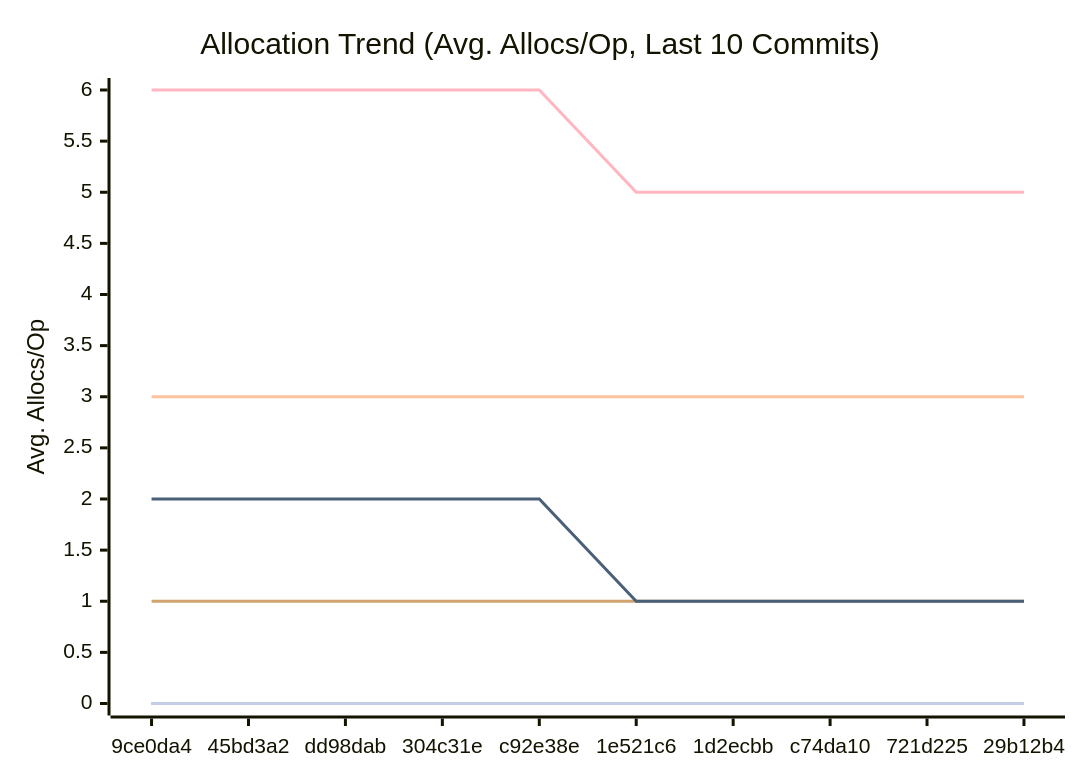
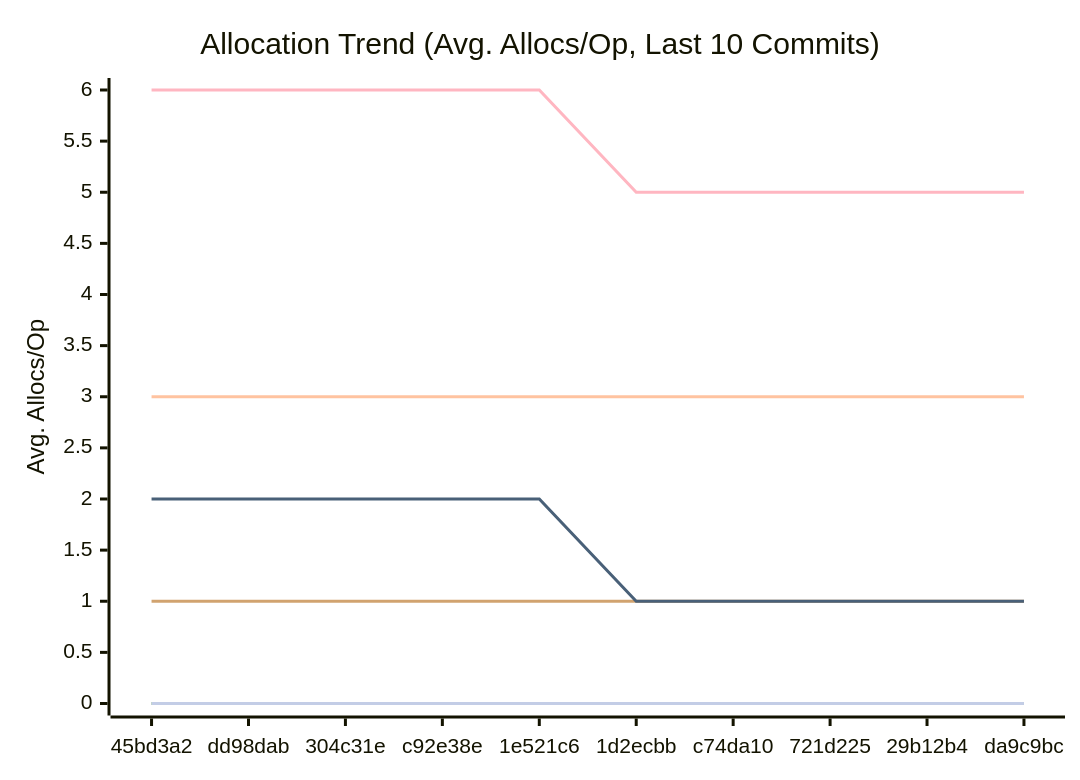
Before and after one commit to alsotoes/momo: the third of 3 diagrams in docs/PERFORMANCE.md, drawn with Mermaid. The commit also changed other lines of this file and 3 other files, not shown here.

````diff
--- a/docs/PERFORMANCE.md
+++ b/docs/PERFORMANCE.md
@@ -114,16 +114,16 @@
 ```mermaid
 xychart-beta
     title "Allocation Trend (Avg. Allocs/Op, Last 10 Commits)"
     x-axis "Commit"
     y-axis "Avg. Allocs/Op"
-    x-axis [9ce0da4,45bd3a2,dd98dab,304c31e,c92e38e,1e521c6,1d2ecbb,c74da10,721d225,29b12b4]
+    x-axis [45bd3a2,dd98dab,304c31e,c92e38e,1e521c6,1d2ecbb,c74da10,721d225,29b12b4,da9c9bc]
     line "CheckMetricsAndSwap" [0,0,0,0,0,0,0,0,0,0]
     line "CrushOptimized" [0,0,0,0,0,0,0,0,0,0]
     line "CrushOriginal" [3,3,3,3,3,3,3,3,3,3]
     line "IndexDirectTracking" [0,0,0,0,0,0,0,0,0,0]
     line "IndexSearch" [0,0,0,0,0,0,0,0,0,0]
     line "LoadGlobalConfig" [1,1,1,1,1,1,1,1,1,1]
     line "PadString" [0,0,0,0,0,0,0,0,0,0]
     line "ParseReplicationOrder_NoPrealloc" [6,6,6,6,6,5,5,5,5,5]
     line "ParseReplicationOrder_Prealloc" [2,2,2,2,2,1,1,1,1,1]
 ```
````
